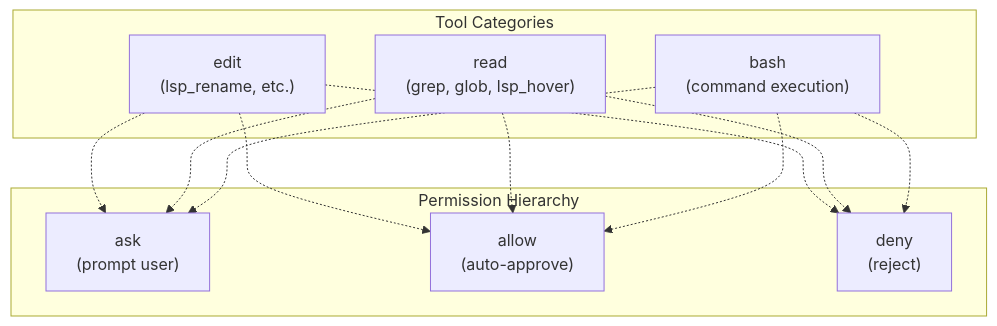
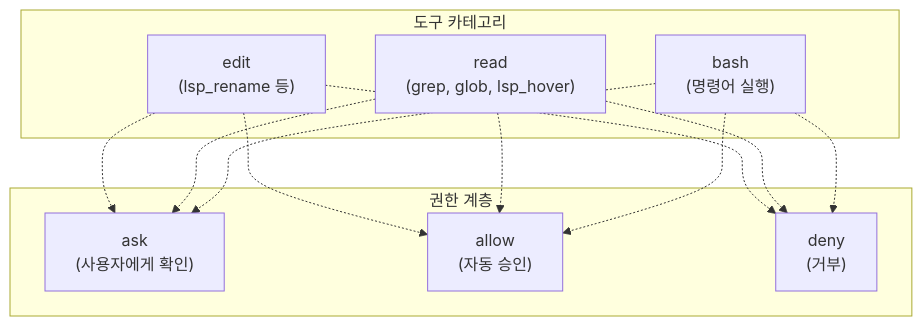
One commit to felipetruman/oh-my-opencode-docs changed the sixth of 7 diagrams in docs/tools/lsp-tools.md. Above: the diagram before and after it, drawn with Mermaid. The commit also changed other lines of this file and 76 other files, not shown here.

````diff
--- a/docs/tools/lsp-tools.md
+++ b/docs/tools/lsp-tools.md
@@ -393,32 +393,32 @@
 ```mermaid
 flowchart TD
 
-Ask["ask<br>(prompt user)"]
-Allow["allow<br>(auto-approve)"]
-Deny["deny<br>(reject)"]
-Edit["edit<br>(lsp_rename, etc.)"]
+Ask["ask<br>(사용자에게 확인)"]
+Allow["allow<br>(자동 승인)"]
+Deny["deny<br>(거부)"]
+Edit["edit<br>(lsp_rename 등)"]
 Read["read<br>(grep, glob, lsp_hover)"]
-Bash["bash<br>(command execution)"]
+Bash["bash<br>(명령어 실행)"]
 
 Edit -.-> Ask
 Edit -.-> Allow
 Edit -.-> Deny
 Read -.-> Ask
 Read -.-> Allow
 Read -.-> Deny
 Bash -.-> Ask
 Bash -.-> Allow
 Bash -.-> Deny
 
-subgraph subGraph1 ["Tool Categories"]
+subgraph subGraph1 ["도구 카테고리"]
     Edit
     Read
     Bash
 end
 
-subgraph subGraph0 ["Permission Hierarchy"]
+subgraph subGraph0 ["권한 계층"]
     Ask
     Allow
     Deny
 end
 ```
````
